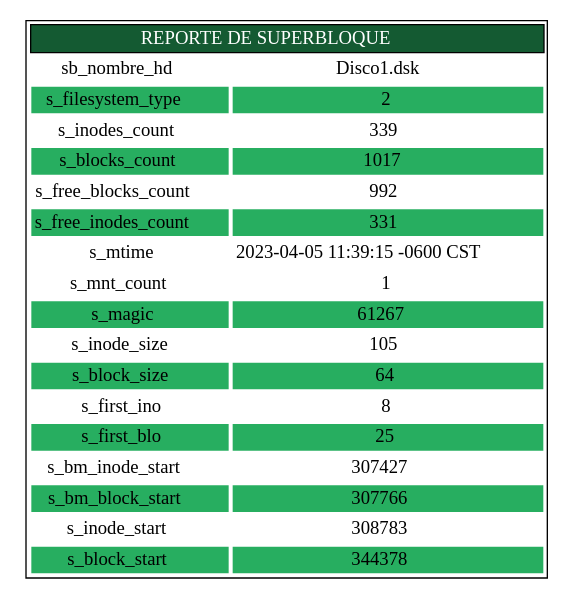
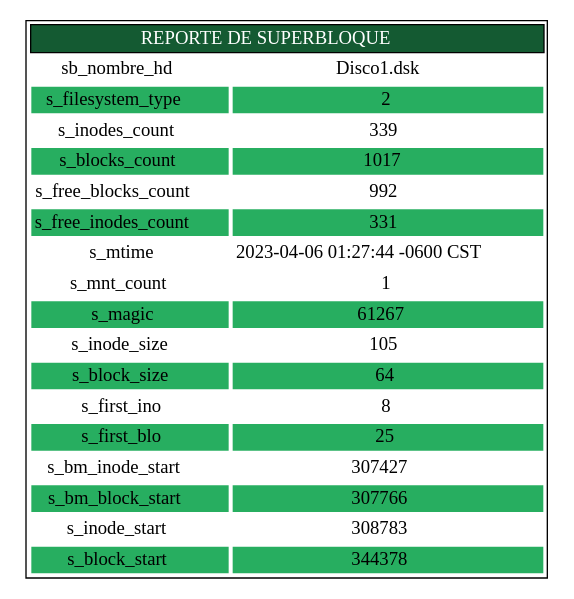
One commit to EstuardoSon/P2_MIA_202003894 changed the diagram in Backend/Reportes/DOTS/reporteSb.dot. Above: the diagram before and after it, drawn with Graphviz. The commit also changed 24 other files, not shown here.

```diff
--- a/Backend/Reportes/DOTS/reporteSb.dot
+++ b/Backend/Reportes/DOTS/reporteSb.dot
@@ -1,23 +1,23 @@
 digraph G {
 node[shape=none]
 start[label=<<table>
 <tr><td colspan="2" bgcolor="#145a32"><font color="white">REPORTE DE SUPERBLOQUE</font></td></tr>
 <tr><td color="white">sb_nombre_hd</td><td color="white">Disco1.dsk</td></tr>
 <tr><td bgcolor="#27ae60" color="white">s_filesystem_type</td><td bgcolor="#27ae60" color="white">2</td></tr>
 <tr><td color="white">s_inodes_count</td><td color="white">339</td></tr>
 <tr><td bgcolor="#27ae60" color="white">s_blocks_count</td><td bgcolor="#27ae60" color="white">1017</td></tr>
 <tr><td color="white">s_free_blocks_count</td><td color="white">992</td></tr>
 <tr><td bgcolor="#27ae60" color="white">s_free_inodes_count</td><td bgcolor="#27ae60" color="white">331</td></tr>
-<tr><td color="white">s_mtime</td><td color="white">2023-04-05 11:39:15 -0600 CST</td></tr>
+<tr><td color="white">s_mtime</td><td color="white">2023-04-06 01:27:44 -0600 CST</td></tr>
 <tr><td color="white">s_mnt_count</td><td color="white">1</td></tr>
 <tr><td bgcolor="#27ae60" color="white">s_magic</td><td bgcolor="#27ae60" color="white">61267</td></tr>
 <tr><td color="white">s_inode_size</td><td color="white">105</td></tr>
 <tr><td bgcolor="#27ae60" color="white">s_block_size</td><td bgcolor="#27ae60" color="white">64</td></tr>
 <tr><td color="white">s_first_ino</td><td color="white">8</td></tr>
 <tr><td bgcolor="#27ae60" color="white">s_first_blo</td><td bgcolor="#27ae60" color="white">25</td></tr>
 <tr><td color="white">s_bm_inode_start</td><td color="white">307427</td></tr>
 <tr><td bgcolor="#27ae60" color="white">s_bm_block_start</td><td bgcolor="#27ae60" color="white">307766</td></tr>
 <tr><td color="white">s_inode_start</td><td color="white">308783</td></tr>
 <tr><td bgcolor="#27ae60" color="white">s_block_start</td><td bgcolor="#27ae60" color="white">344378</td></tr>
 </table>>];
 }
```
